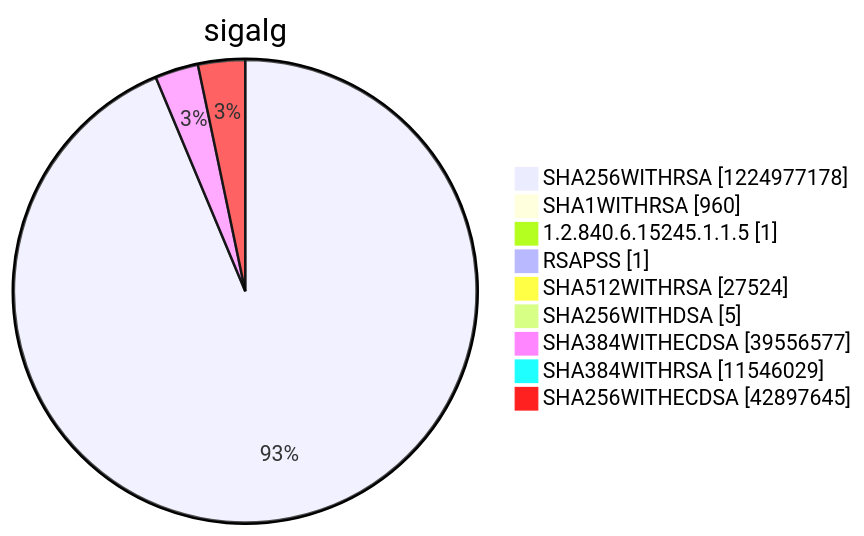
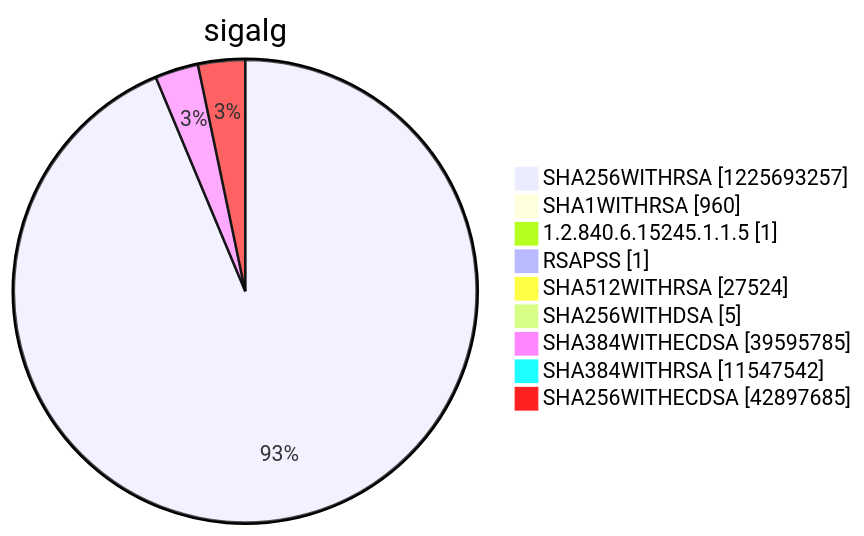
Before and after one commit to christiankrug/ctmonitor_visualization: diagram 15 of 15 in argon2022/README.md, drawn with Mermaid. The commit also changed other lines of this file, not shown here.

````diff
--- a/argon2022/README.md
+++ b/argon2022/README.md
@@ -5521,13 +5521,13 @@
 ```mermaid
 pie showData
 title sigalg
-"SHA256WITHRSA" :1224977178
+"SHA256WITHRSA" :1225693257
 "SHA1WITHRSA" :960
 "1.2.840.6.15245.1.1.5" :1
 "RSAPSS" :1
 "SHA512WITHRSA" :27524
 "SHA256WITHDSA" :5
-"SHA384WITHECDSA" :39556577
-"SHA384WITHRSA" :11546029
-"SHA256WITHECDSA" :42897645
+"SHA384WITHECDSA" :39595785
+"SHA384WITHRSA" :11547542
+"SHA256WITHECDSA" :42897685
 ```
````
